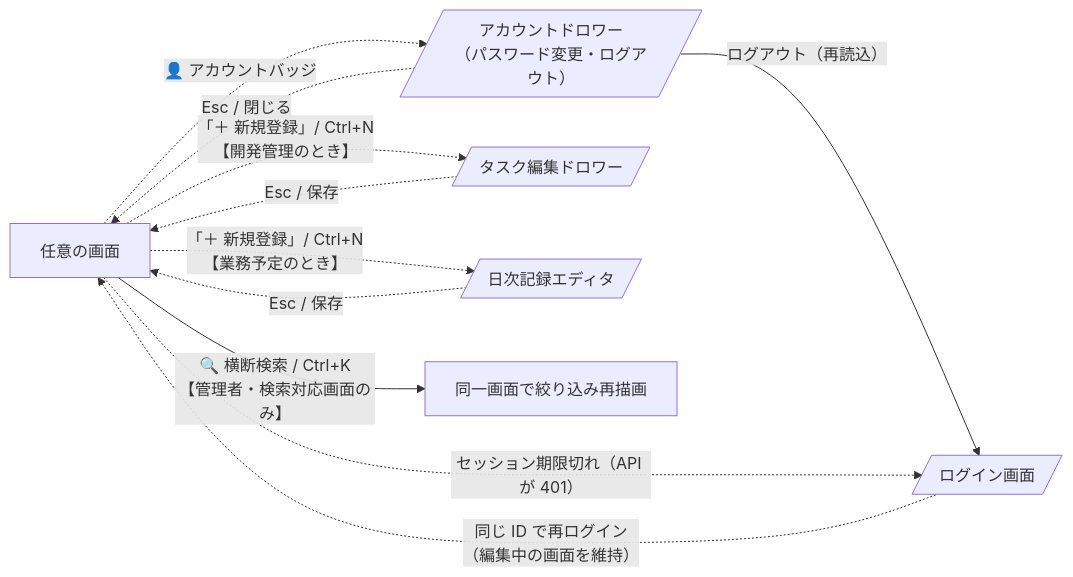
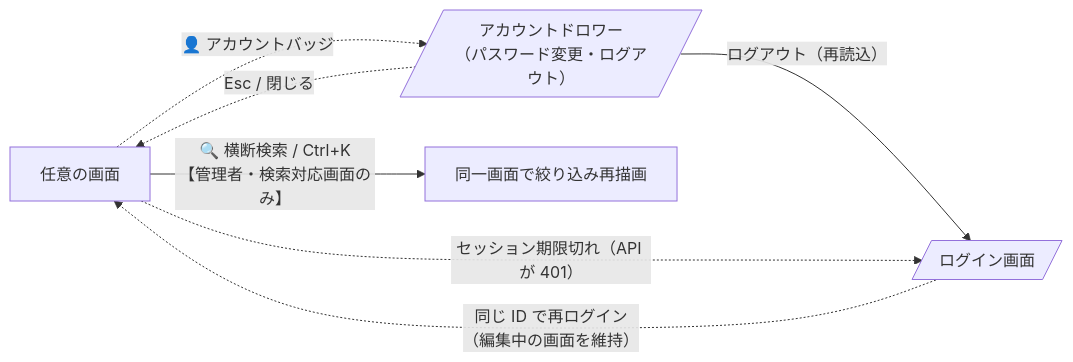
The sixth of 7 diagrams in docs/画面遷移図.md (okSJ28/management-tool), drawn with Mermaid before and after one commit. The commit also changed other lines of this file and 4 other files, not shown here.

Commit message:
上部バーの「＋ 新規登録」ボタンと Ctrl+N を廃止（新規登録は各画面内のボタンから）

````diff
--- a/docs/画面遷移図.md
+++ b/docs/画面遷移図.md
@@ -267,20 +267,14 @@
 ```mermaid
 flowchart LR
     ANY["任意の画面"]
     USER[/"アカウントドロワー<br/>（パスワード変更・ログアウト）"/]
     LOGIN[/"ログイン画面"/]
-    QADD1[/"タスク編集ドロワー"/]
-    QADD2[/"日次記録エディタ"/]
     SEARCH["同一画面で絞り込み再描画"]
 
     ANY -.->|"👤 アカウントバッジ"| USER
     USER -->|"ログアウト（再読込）"| LOGIN
     ANY -.->|"セッション期限切れ（API が 401）"| LOGIN
     LOGIN -.->|"同じ ID で再ログイン<br/>（編集中の画面を維持）"| ANY
     ANY -->|"🔍 横断検索 / Ctrl+K<br/>【管理者・検索対応画面のみ】"| SEARCH
-    ANY -.->|"「＋ 新規登録」/ Ctrl+N<br/>【開発管理のとき】"| QADD1
-    ANY -.->|"「＋ 新規登録」/ Ctrl+N<br/>【業務予定のとき】"| QADD2
     USER -.->|"Esc / 閉じる"| ANY
-    QADD1 -.->|"Esc / 保存"| ANY
-    QADD2 -.->|"Esc / 保存"| ANY
 ```
````
